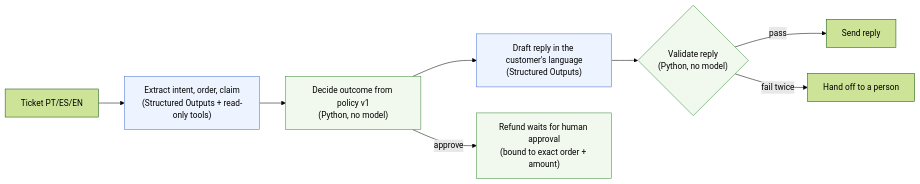
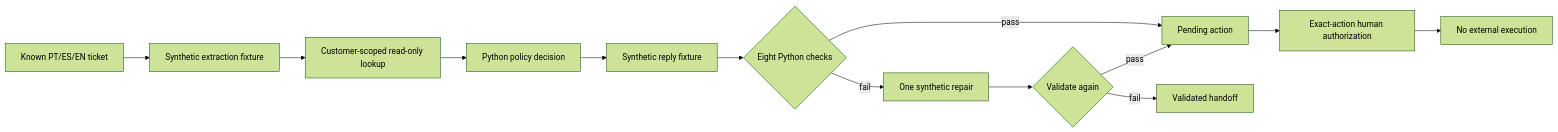
One commit to FishRaposo/policydesk changed the diagram in README.md. Above: the diagram before and after it, drawn with Mermaid (forest theme). The commit also changed other lines of this file and 7 other files, not shown here.

````diff
--- a/README.md
+++ b/README.md
@@ -38,14 +54,15 @@
 ```mermaid
 flowchart LR
-    T[Ticket PT/ES/EN] --> X["Extract intent, order, claim<br/>(Structured Outputs + read-only tools)"]
-    X --> D["Decide outcome from policy v1<br/>(Python, no model)"]
-    D --> W["Draft reply in the customer's language<br/>(Structured Outputs)"]
-    W --> V{"Validate reply<br/>(Python, no model)"}
-    V -- pass --> R[Send reply]
-    V -- fail twice --> H[Hand off to a person]
-    D -- approve --> A["Refund waits for human approval<br/>(bound to exact order + amount)"]
-    classDef model fill:#eef4ff,stroke:#4a6fd8
-    classDef code fill:#f1f8ee,stroke:#3d8a3d
-    class X,W model
-    class D,V,A code
+    T[Known PT/ES/EN ticket] --> X[Synthetic extraction fixture]
+    X --> L[Customer-scoped read-only lookup]
+    L --> D[Python policy decision]
+    D --> W[Synthetic reply fixture]
+    W --> V{Eight Python checks}
+    V -- pass --> P[Pending action]
+    V -- fail --> R[One synthetic repair]
+    R --> V2{Validate again}
+    V2 -- fail --> H[Validated handoff]
+    V2 -- pass --> P
+    P --> A[Exact-action human authorization]
+    A --> N[No external execution]
 ```
````
